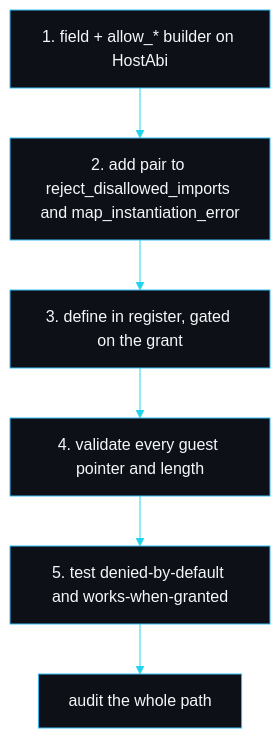
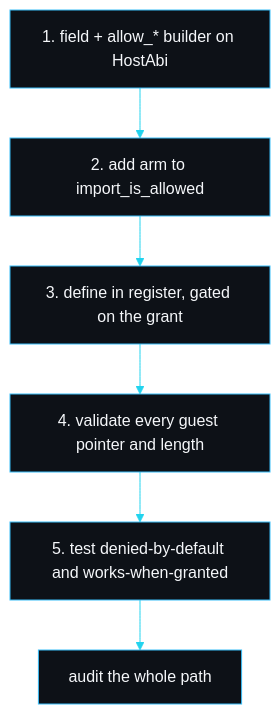
One commit to sarmakska/sandboxd changed the diagram in wiki/Writing-a-Host-Capability.md. Above: the diagram before and after it, drawn with Mermaid. The commit also changed other lines of this file and 9 other files, not shown here.

````diff
--- a/wiki/Writing-a-Host-Capability.md
+++ b/wiki/Writing-a-Host-Capability.md
@@ -110,9 +113,9 @@
 ```mermaid
 %%{init: {'theme':'base','themeVariables':{'primaryColor':'#0d1117','primaryTextColor':'#f5f7fa','primaryBorderColor':'#38bdf8','lineColor':'#22d3ee','secondaryColor':'#0f172a','tertiaryColor':'#0d1117','fontFamily':'ui-monospace, monospace'}}}%%
 flowchart TD
-    A[1. field + allow_* builder on HostAbi] --> B[2. add pair to reject_disallowed_imports and map_instantiation_error]
+    A[1. field + allow_* builder on HostAbi] --> B[2. add arm to import_is_allowed]
     B --> C[3. define in register, gated on the grant]
     C --> D[4. validate every guest pointer and length]
     D --> E[5. test denied-by-default and works-when-granted]
     E --> F[audit the whole path]
 ```
````
